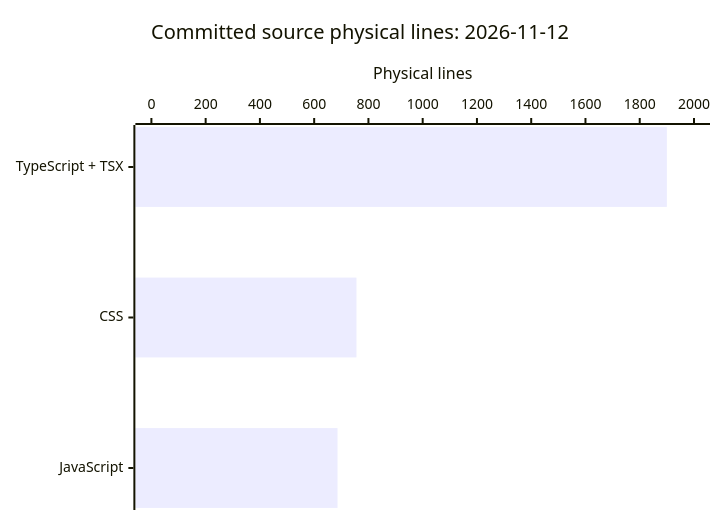
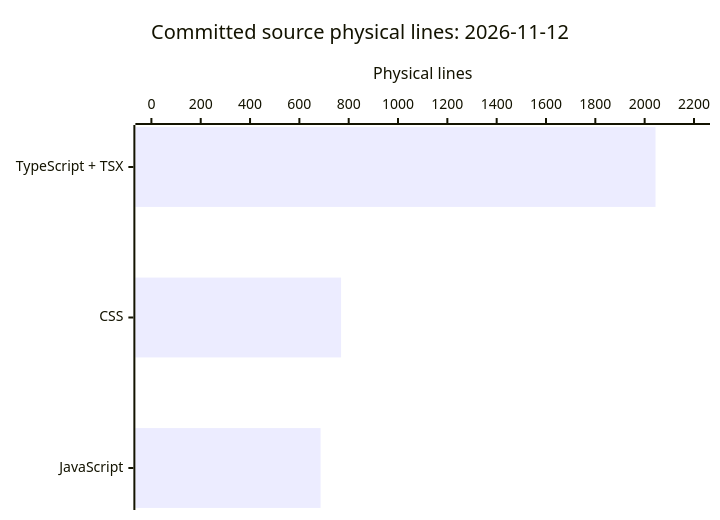
The diagram in droid-wiki/by-the-numbers.md (FactoryDemo/demo-storefront-practice), drawn with Mermaid before and after one commit. The commit also changed other lines of this file and 15 other files, not shown here.

````diff
--- a/droid-wiki/by-the-numbers.md
+++ b/droid-wiki/by-the-numbers.md
@@ -26,7 +26,7 @@
 ```mermaid
 xychart-beta horizontal
   title "Committed source physical lines: 2026-11-12"
   x-axis ["TypeScript + TSX", "CSS", "JavaScript"]
-  y-axis "Physical lines" 0 --> 2000
-  bar [1900, 756, 686]
+  y-axis "Physical lines" 0 --> 2200
+  bar [2044, 769, 686]
 ```
````
